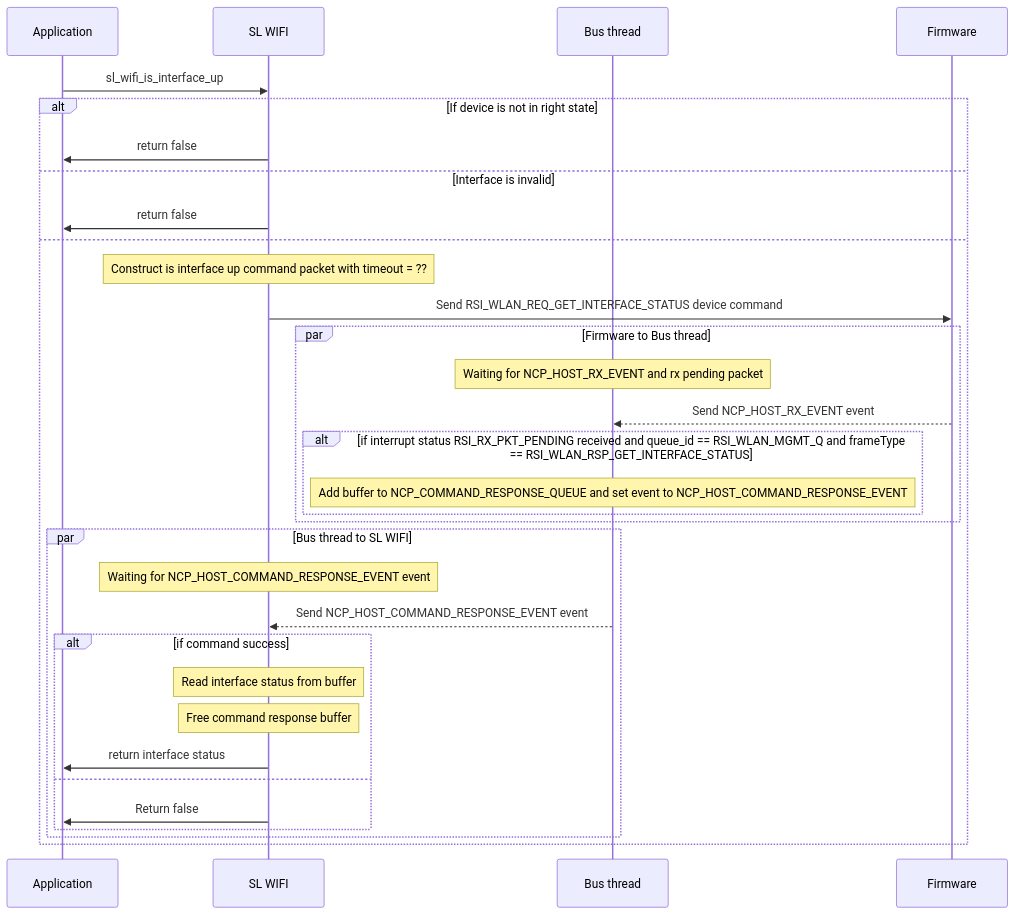
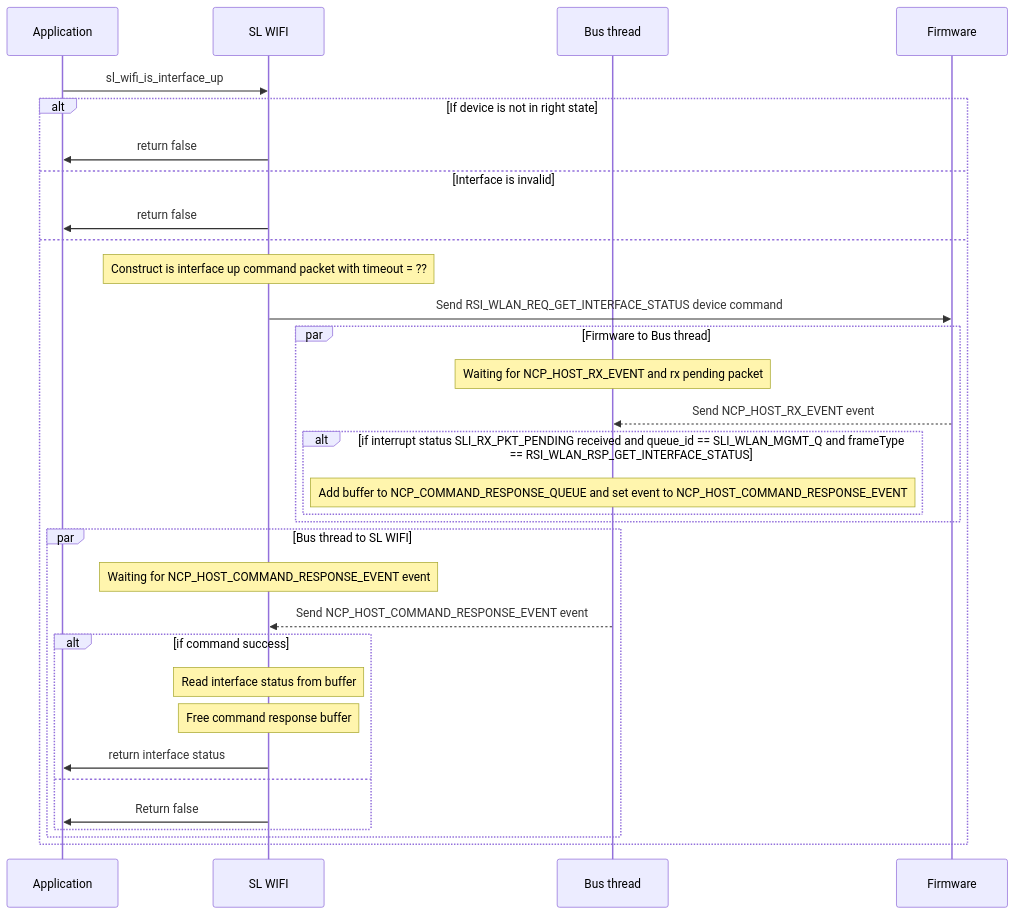
The ninth of 11 diagrams in components/protocol/wifi/readme.md (SiliconLabs/wiseconnect), drawn with Mermaid before and after one commit. The commit also changed other lines of this file and 4347 other files, not shown here.

````diff
--- a/components/protocol/wifi/readme.md
+++ b/components/protocol/wifi/readme.md
@@ -565,39 +565,39 @@
 ```mermaid
  sequenceDiagram 
      #bool sl_wifi_is_interface_up(sl_wifi_interface_t interface);
   participant app as Application
   participant wifi as SL WIFI
   participant bus as Bus thread  
   participant fw as Firmware
         
   app ->> wifi: sl_wifi_is_interface_up
 
   alt  If device is not in right state
    wifi ->> app: return false
   else Interface is invalid
    wifi ->> app: return false
   else
    Note over wifi: Construct is interface up command packet with timeout = ?? 
    wifi ->> fw:Send RSI_WLAN_REQ_GET_INTERFACE_STATUS device command
 
             par Firmware to Bus thread
                 Note over bus: Waiting for NCP_HOST_RX_EVENT and rx pending packet
                 fw -->> bus: Send NCP_HOST_RX_EVENT event
-                alt if interrupt status RSI_RX_PKT_PENDING received and queue_id == RSI_WLAN_MGMT_Q and frameType == RSI_WLAN_RSP_GET_INTERFACE_STATUS
+                alt if interrupt status SLI_RX_PKT_PENDING received and queue_id == SLI_WLAN_MGMT_Q and frameType == RSI_WLAN_RSP_GET_INTERFACE_STATUS
                     Note over bus: Add buffer to NCP_COMMAND_RESPONSE_QUEUE and set event to NCP_HOST_COMMAND_RESPONSE_EVENT
                 end
             end
 
    par Bus thread to SL WIFI
     Note over wifi: Waiting for NCP_HOST_COMMAND_RESPONSE_EVENT event
     bus -->> wifi: Send NCP_HOST_COMMAND_RESPONSE_EVENT event
     alt if command success
      Note over wifi: Read interface status from buffer
      Note over wifi: Free command response buffer
      wifi ->> app: return interface status 
     else 
      wifi ->> app: Return false
     end
    end
   end
 ```
````
